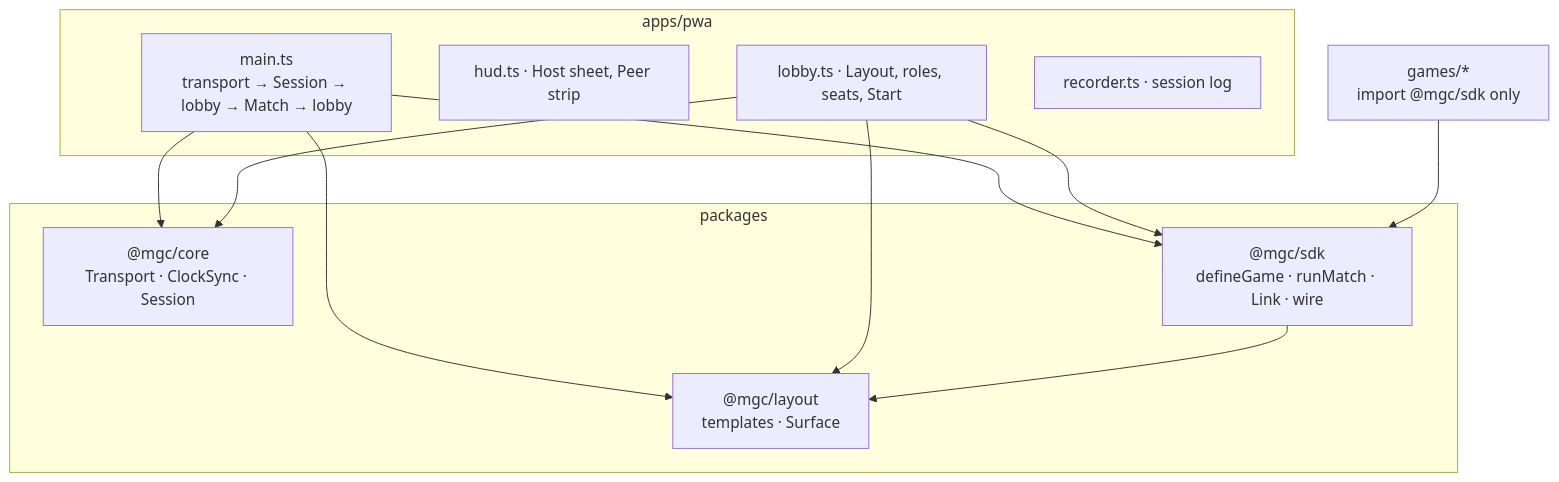
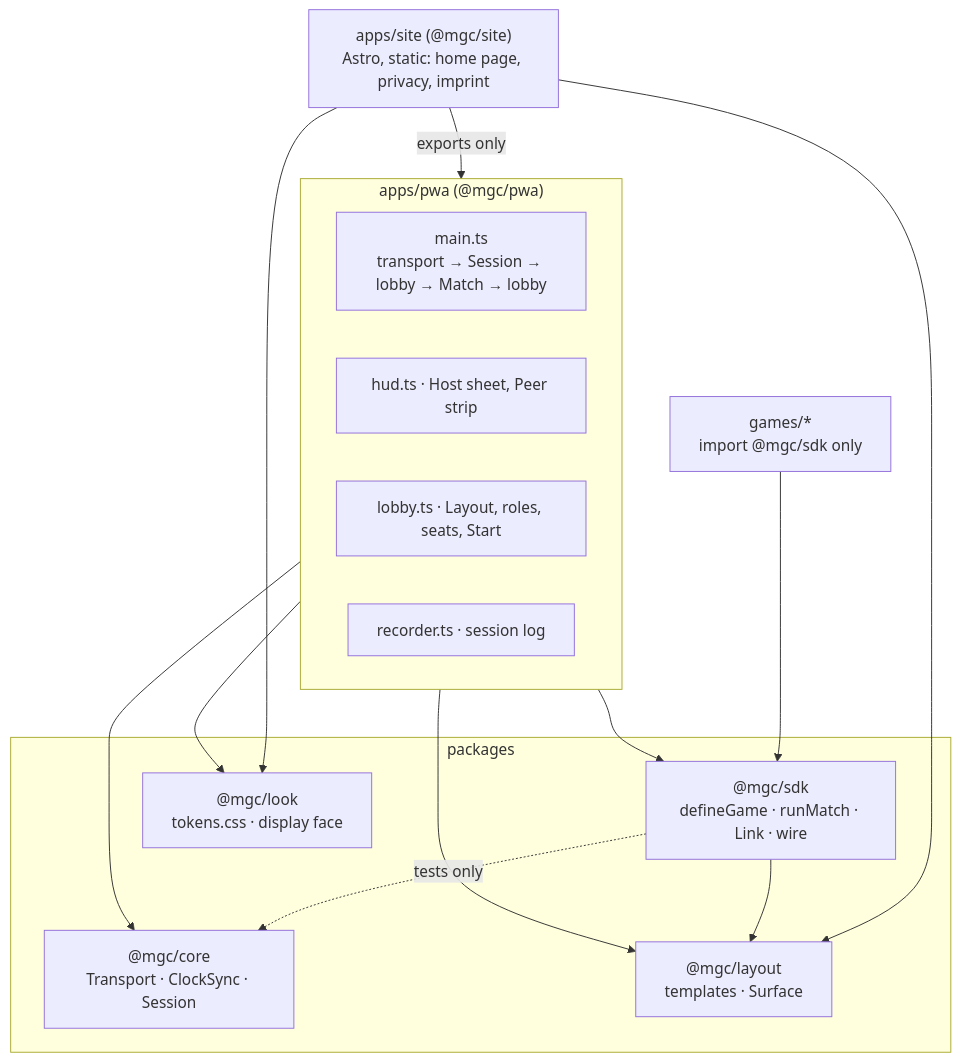
Before and after one commit to Manubown/Bezel: the first of 3 diagrams in docs/architecture.md, drawn with Mermaid. The commit also changed other lines of this file and 1 other file, not shown here.

Commit message:
docs/architecture.md draws and lists every workspace dependency the package.json files declare: @mgc/look (read by the app and the site) and the site (apps/site, on @mgc/layout, @mgc/look and @mgc/pwa's exports) gain their rows and arrows, the app's arrows are its package's, and the SDK's test-only arrow to @mgc/core is dotted (review B6)

````diff
--- a/docs/architecture.md
+++ b/docs/architecture.md
@@ -7,19 +7,23 @@
 ```mermaid
 flowchart TB
-  subgraph pwa["apps/pwa"]
+  site["apps/site (@mgc/site)<br/>Astro, static: home page, privacy, imprint"]
+  subgraph pwa["apps/pwa (@mgc/pwa)"]
     main[main.ts<br/>transport → Session → lobby → Match → lobby]
     hud[hud.ts · Host sheet, Peer strip]
     lobby[lobby.ts · Layout, roles, seats, Start]
     rec[recorder.ts · session log]
   end
   subgraph packages
     core["@mgc/core<br/>Transport · ClockSync · Session"]
     layout["@mgc/layout<br/>templates · Surface"]
     sdk["@mgc/sdk<br/>defineGame · runMatch · Link · wire"]
+    look["@mgc/look<br/>tokens.css · display face"]
   end
   games["games/*<br/>import @mgc/sdk only"]
-  main --> core & layout & sdk
-  lobby --> core & layout & sdk
+  site -->|exports only| pwa
+  site --> layout & look
+  pwa --> core & layout & look & sdk
   sdk --> layout
+  sdk -.->|tests only| core
   games --> sdk
 ```
````
